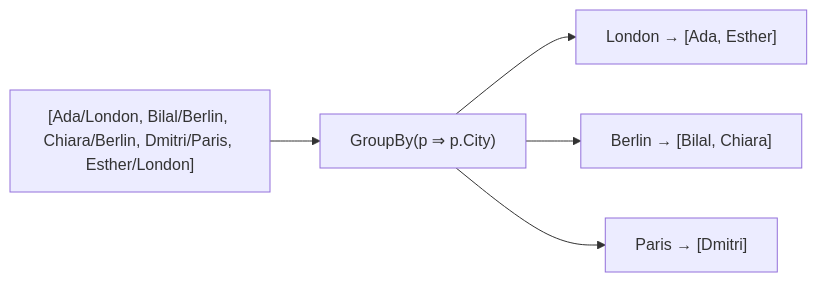
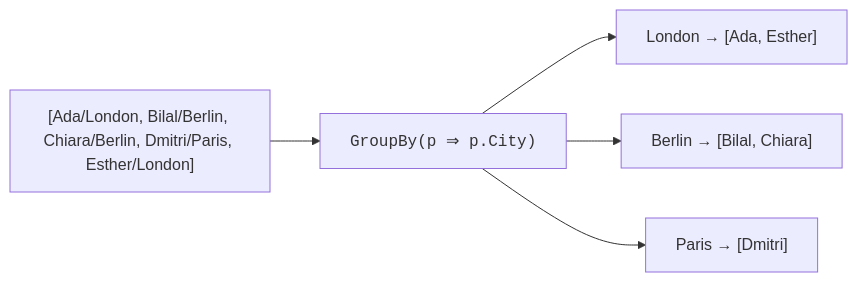
One commit to dataslope/dataslope changed the diagram in content/learn/csharp-linq-functional/ordering-and-grouping.mdx. Above: the diagram before and after it, drawn with Mermaid. The commit also changed 153 other files, not shown here.

First line of the commit message:
Render code-only mermaid shapes in monospace; convert step sequences to Steps

````diff
--- a/content/learn/csharp-linq-functional/ordering-and-grouping.mdx
+++ b/content/learn/csharp-linq-functional/ordering-and-grouping.mdx
@@ -117,8 +117,8 @@
 ```mermaid
 flowchart LR
     A["[Ada/London, Bilal/Berlin, Chiara/Berlin, Dmitri/Paris, Esther/London]"]
-       --> G["GroupBy(p ⇒ p.City)"]
+       --> G["<code>GroupBy(p ⇒ p.City)</code>"]
     G --> R1["London → [Ada, Esther]"]
     G --> R2["Berlin → [Bilal, Chiara]"]
     G --> R3["Paris  → [Dmitri]"]
 ```
````
